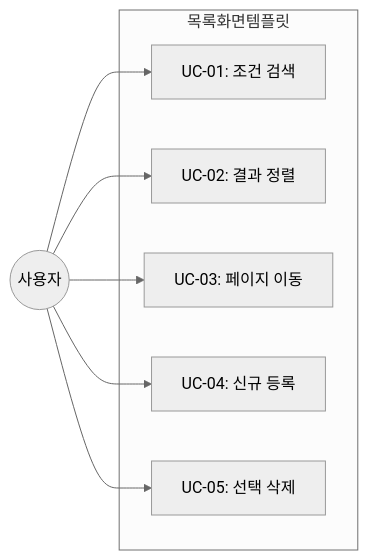
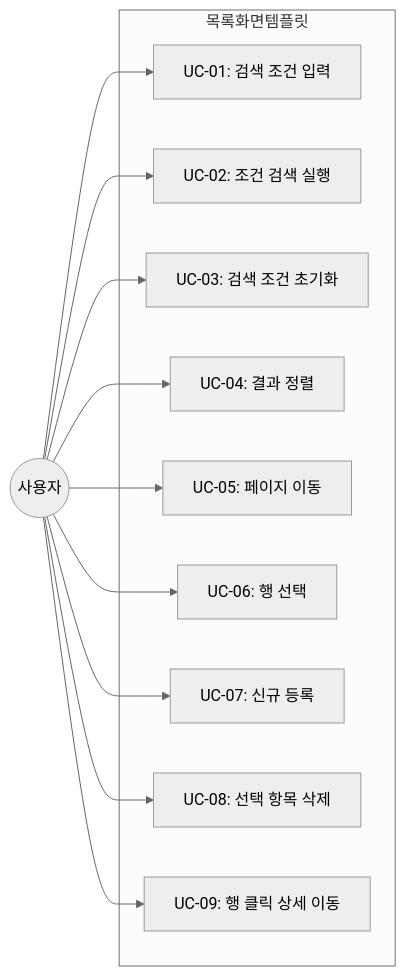
One commit to jongik-sv/mes-poc changed the first of 2 diagrams in .orchay/projects/mes-portal/tasks/TSK-06-01/010-design.md. Above: the diagram before and after it, drawn with Mermaid (neutral theme). The commit also changed other lines of this file and 9 other files, not shown here.

````diff
--- a/.orchay/projects/mes-portal/tasks/TSK-06-01/010-design.md
+++ b/.orchay/projects/mes-portal/tasks/TSK-06-01/010-design.md
@@ -84,16 +107,24 @@
 ```mermaid
 flowchart LR
     subgraph 목록화면템플릿
-        UC01[UC-01: 조건 검색]
-        UC02[UC-02: 결과 정렬]
-        UC03[UC-03: 페이지 이동]
-        UC04[UC-04: 신규 등록]
-        UC05[UC-05: 선택 삭제]
+        UC01[UC-01: 검색 조건 입력]
+        UC02[UC-02: 조건 검색 실행]
+        UC03[UC-03: 검색 조건 초기화]
+        UC04[UC-04: 결과 정렬]
+        UC05[UC-05: 페이지 이동]
+        UC06[UC-06: 행 선택]
+        UC07[UC-07: 신규 등록]
+        UC08[UC-08: 선택 항목 삭제]
+        UC09[UC-09: 행 클릭 상세 이동]
     end
 
     사용자((사용자)) --> UC01
     사용자 --> UC02
     사용자 --> UC03
     사용자 --> UC04
     사용자 --> UC05
+    사용자 --> UC06
+    사용자 --> UC07
+    사용자 --> UC08
+    사용자 --> UC09
 ```
````
